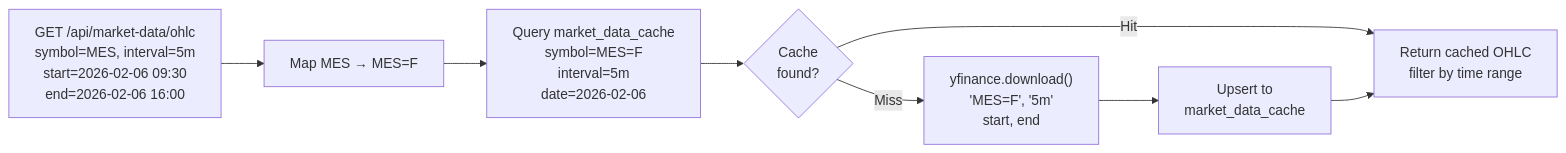
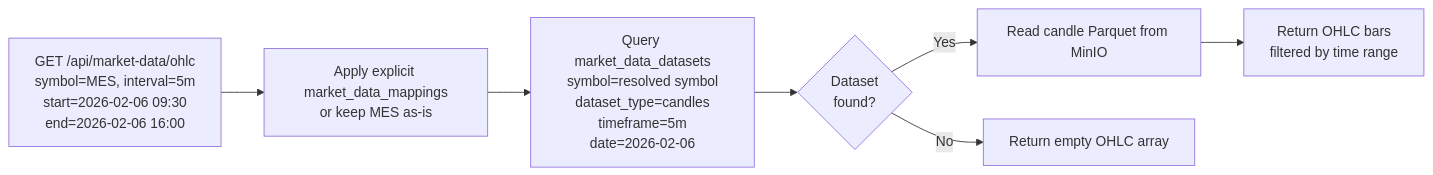
The fourth of 4 diagrams in docs/architecture/database.md (diridevelops/JanusEdge), drawn with Mermaid before and after one commit. The commit also changed other lines of this file and 60 other files, not shown here.

Commit message:
Import market data from NinjaTrader history export

````diff
--- a/docs/architecture/database.md
+++ b/docs/architecture/database.md
@@ -384,15 +390,14 @@
 ```mermaid
 flowchart LR
   Request["GET /api/market-data/ohlc<br/>symbol=MES, interval=5m<br/>start=2026-02-06 09:30<br/>end=2026-02-06 16:00"]
-    
-  Request --> MapSymbol["Map MES → MES=F"]
-  MapSymbol --> QueryCache["Query market_data_cache<br/>symbol=MES=F<br/>interval=5m<br/>date=2026-02-06"]
-    
-  QueryCache --> CacheResult{Cache<br/>found?}
-    
-  CacheResult -->|Hit| ReturnCached["Return cached OHLC<br/>filter by time range"]
-    
-  CacheResult -->|Miss| FetchYF["yfinance.download()<br/>'MES=F', '5m'<br/>start, end"]
-  FetchYF --> StoreCache["Upsert to<br/>market_data_cache"]
-  StoreCache --> ReturnCached
+
+  Request --> ResolveSymbol["Apply explicit market_data_mappings<br/>or keep MES as-is"]
+  ResolveSymbol --> QueryMetadata["Query market_data_datasets<br/>symbol=resolved symbol<br/>dataset_type=candles<br/>timeframe=5m<br/>date=2026-02-06"]
+
+  QueryMetadata --> DatasetFound{Dataset<br/>found?}
+
+  DatasetFound -->|Yes| ReadParquet["Read candle Parquet from MinIO"]
+  ReadParquet --> ReturnBars["Return OHLC bars<br/>filtered by time range"]
+
+  DatasetFound -->|No| ReturnEmpty["Return empty OHLC array"]
 ```
````
